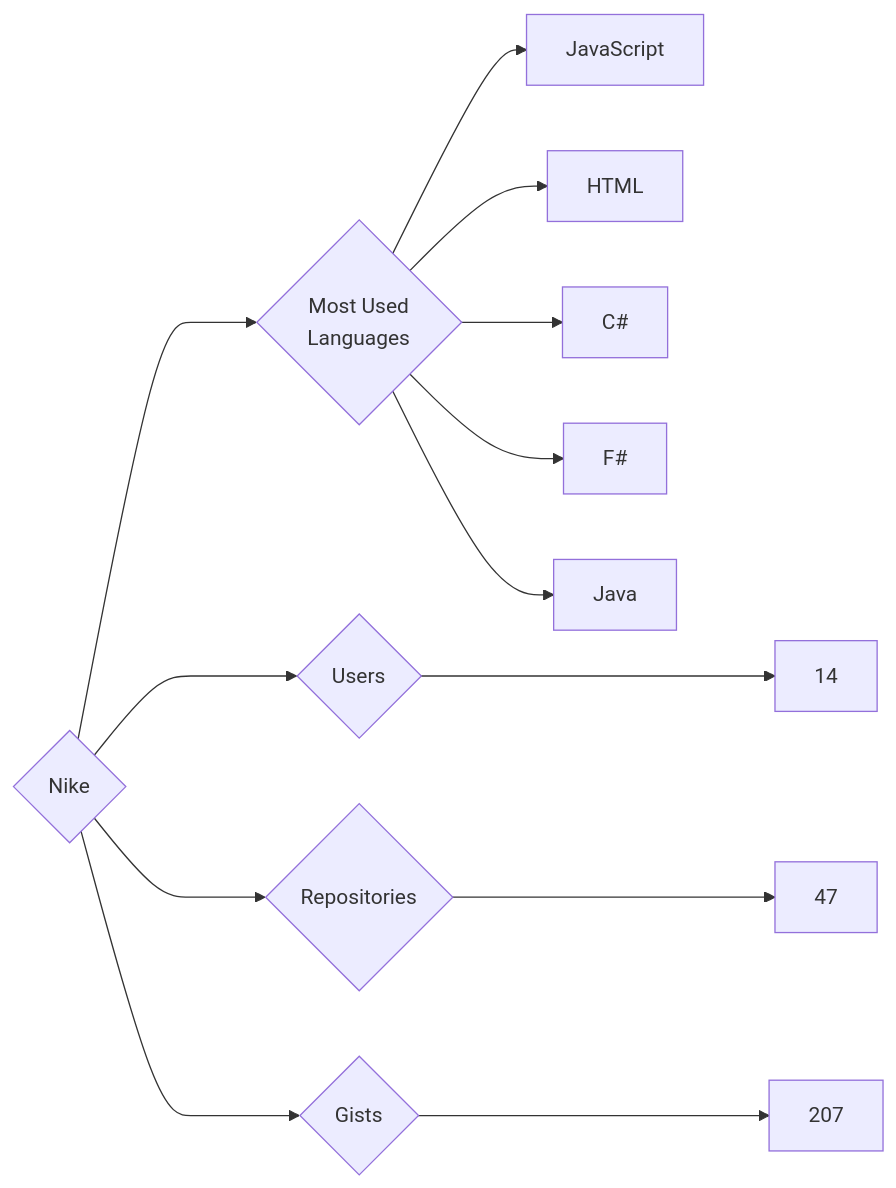
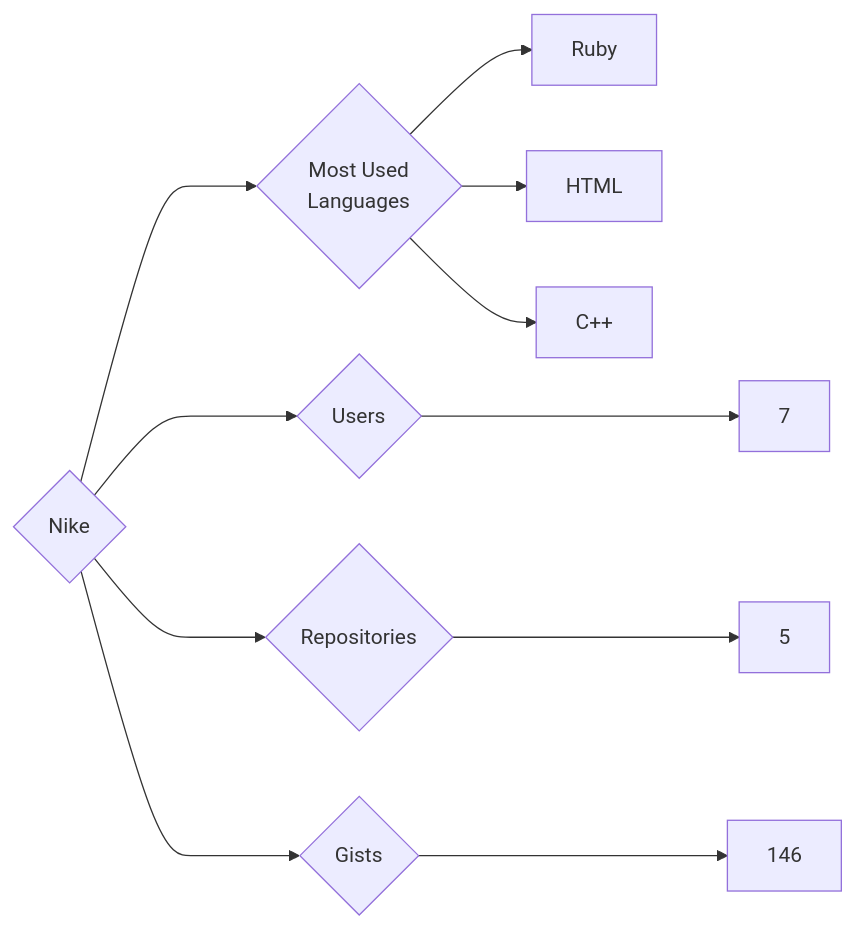
The diagram in targets/Nike/README.md (trickest/insiders), drawn with Mermaid before and after one commit. The commit also changed 964 other files, not shown here.

````diff
--- a/targets/Nike/README.md
+++ b/targets/Nike/README.md
@@ -3,13 +3,11 @@
 ```mermaid
 graph LR
 COMPANY_NAME{Nike}
-COMPANY_NAME ---> U{Users} ---> UN[14]
-COMPANY_NAME ---> R{Repositories} ---> RN[47]
-COMPANY_NAME ---> G{Gists} ---> GN[207]
+COMPANY_NAME ---> U{Users} ---> UN[7]
+COMPANY_NAME ---> R{Repositories} ---> RN[5]
+COMPANY_NAME ---> G{Gists} ---> GN[146]
 COMPANY_NAME ---> ML{Most Used<br>Languages}
-ML --> JavaScript[JavaScript]
+ML --> Ruby[Ruby]
 ML --> HTML[HTML]
-ML --> C#[C#]
-ML --> F#[F#]
-ML --> Java[Java]
+ML --> C++[C++]
 ```
````
